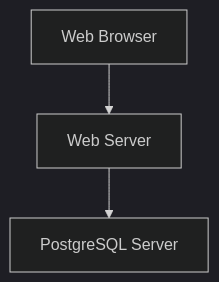
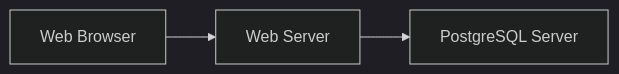
The diagram in documentation/docs/requirements/system-block-diagram.md (Capstone-Projects-2023-Spring/project-tool-shed), drawn with Mermaid (dark theme) before and after one commit.

````diff
--- a/documentation/docs/requirements/system-block-diagram.md
+++ b/documentation/docs/requirements/system-block-diagram.md
@@ -7,5 +7,5 @@
 ```mermaid
-graph TD
+graph LR
   A[Web Browser] --> B[Web Server]
   B --> C[PostgreSQL Server]
 ```
````
